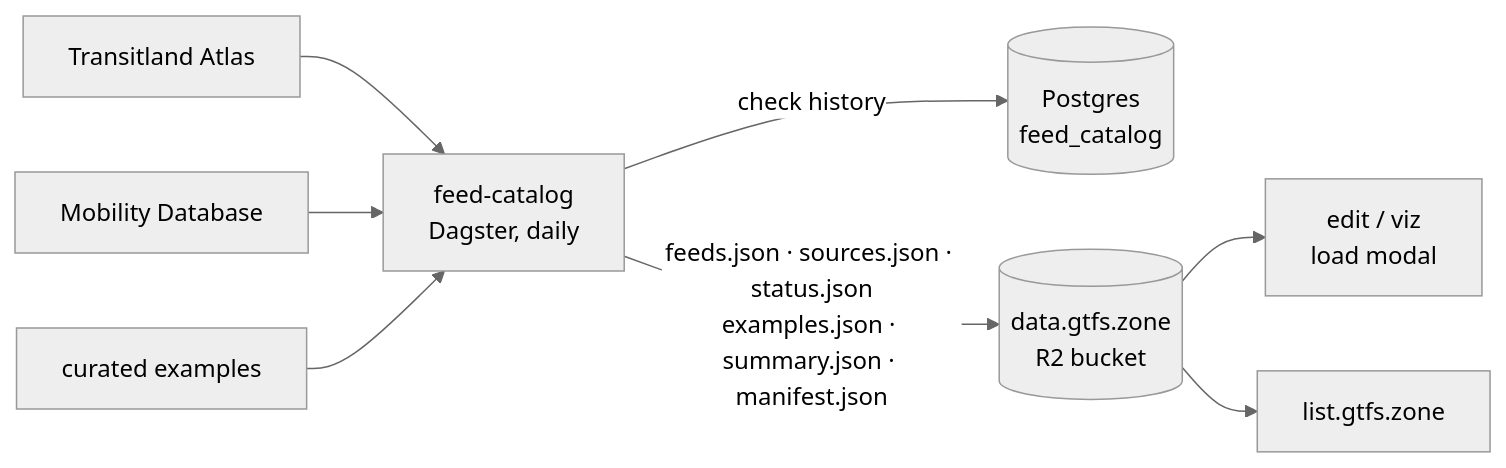
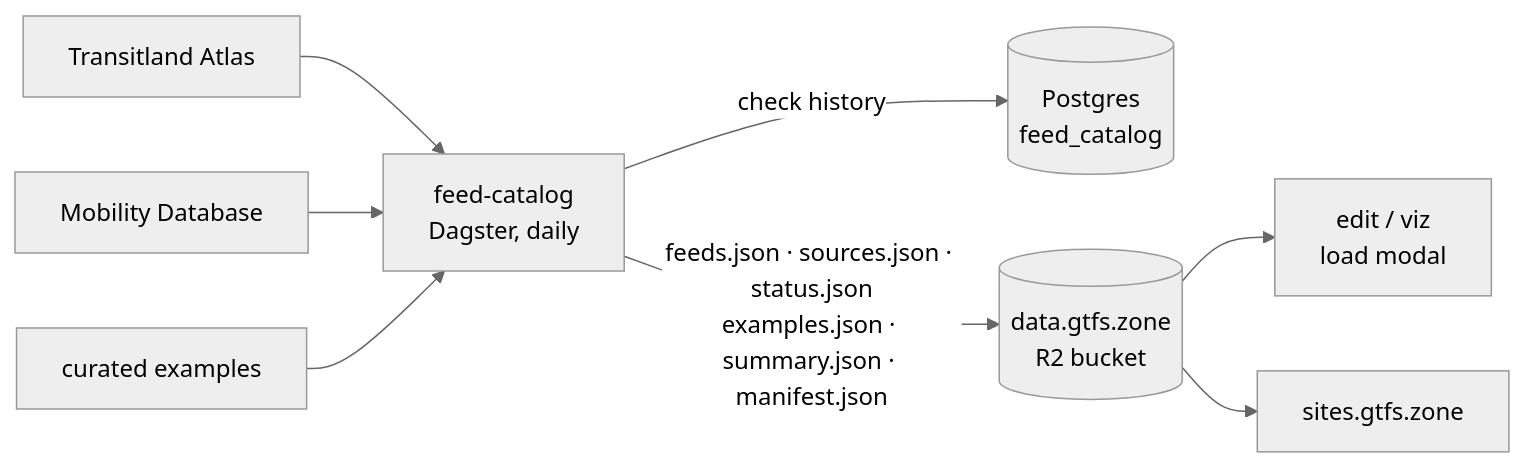
Before and after one commit to gtfs-zone/gtfs-zone-infra: the sixth of 8 diagrams in README.md, drawn with Mermaid (neutral theme). The commit also changed other lines of this file and 6 other files, not shown here.

Commit message:
chore(sites): drop list.gtfs.zone (feed-list app), its checks and mentions

````diff
--- a/README.md
+++ b/README.md
@@ -426,17 +425,17 @@
 ```mermaid
 flowchart LR
     tl["Transitland Atlas"]
     mdb["Mobility Database"]
     ex["curated examples"]
     gc["feed-catalog<br>Dagster, daily"]
     pg[("Postgres<br>feed_catalog")]
     bucket[("data.gtfs.zone<br>R2 bucket")]
     edit["edit / viz<br>load modal"]
-    list["list.gtfs.zone"]
+    sites["sites.gtfs.zone"]
 
     tl & mdb & ex --> gc
     gc -->|"check history"| pg
     gc -->|"feeds.json · sources.json · status.json<br>examples.json · summary.json · manifest.json"| bucket
     bucket --> edit
-    bucket --> list
+    bucket --> sites
 ```
````
